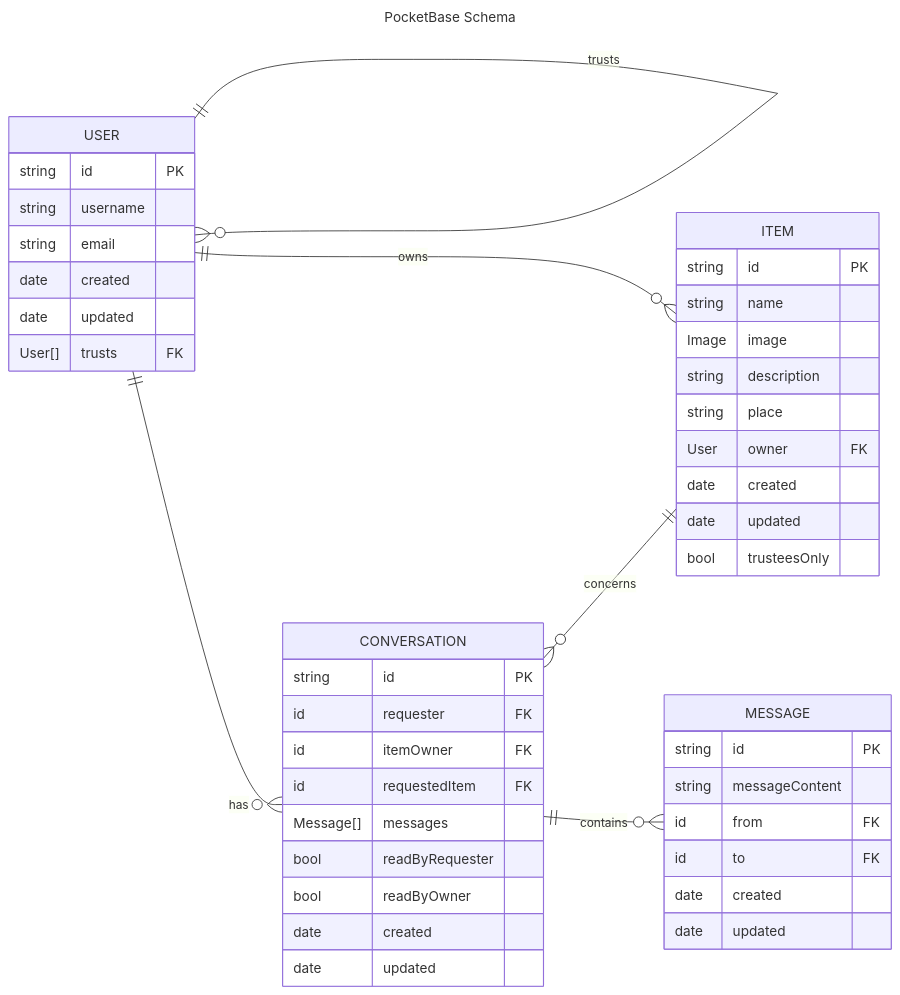
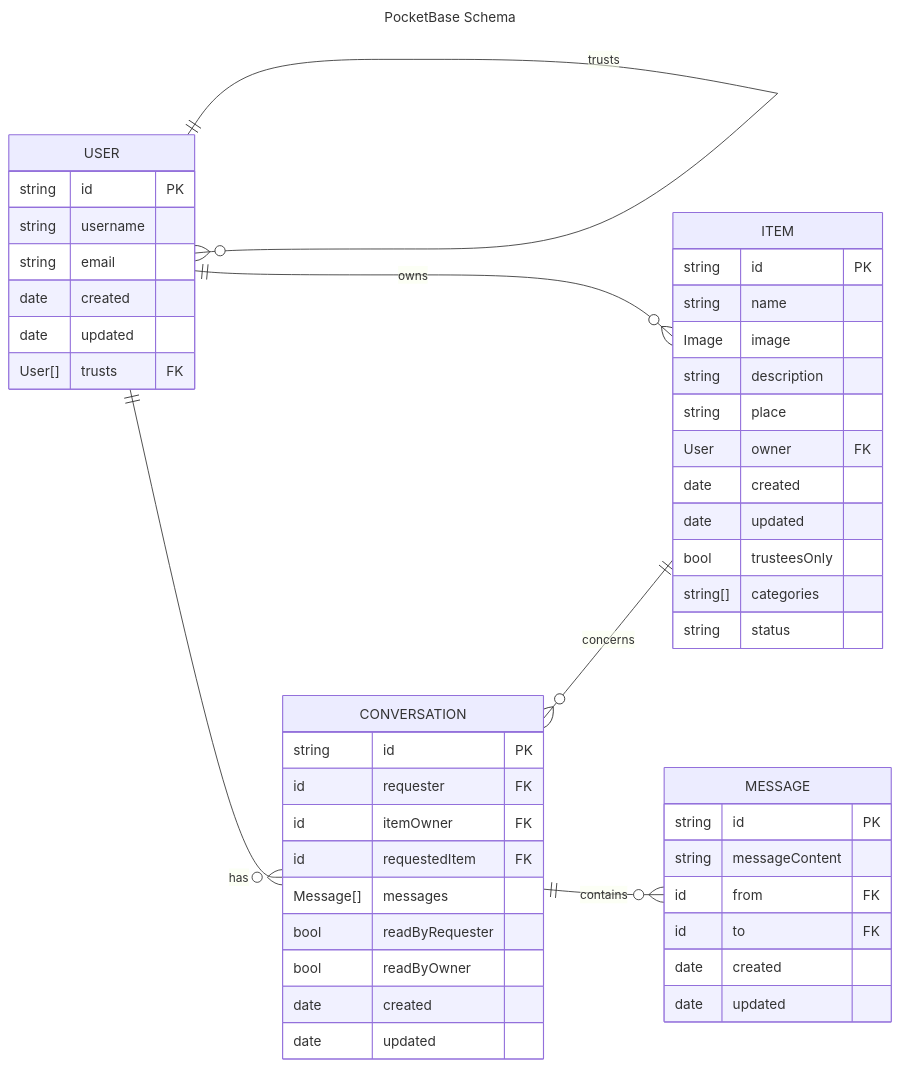
One commit to share-open-sharing-infrastructure/share-mvp changed the diagram in docs/data-model.md. Above: the diagram before and after it, drawn with Mermaid. The commit also changed 10 other files, not shown here.

````diff
--- a/docs/data-model.md
+++ b/docs/data-model.md
@@ -7,59 +7,61 @@
 ```mermaid
 ---
 title: PocketBase Schema
 ---
 erDiagram
     direction LR
 
     USER{
         string id PK
         string username
         string email
         date created
         date updated
         User[] trusts FK
     }
 
     USER 1 to zero or more USER: "trusts"
 
     ITEM{
         string id PK
         string name
         Image image
         string description
         string place
         User owner FK
         date created
         date updated
         bool trusteesOnly
+        string[] categories
+        string status
     }
 
     USER 1 to zero or more ITEM: owns
 
     CONVERSATION{
         string id PK
         id requester FK
         id itemOwner FK
         id requestedItem FK
         Message[] messages
         bool readByRequester
         bool readByOwner
         date created
         date updated
     }
 
     USER 1 to zero or more CONVERSATION: has
     CONVERSATION zero or more to 1 ITEM: concerns
 
     MESSAGE{
         string id PK
         string messageContent
         id from FK
         id to FK
         date created
         date updated
     }
 
     CONVERSATION 1 to zero or more MESSAGE: contains
 
 ```
````
